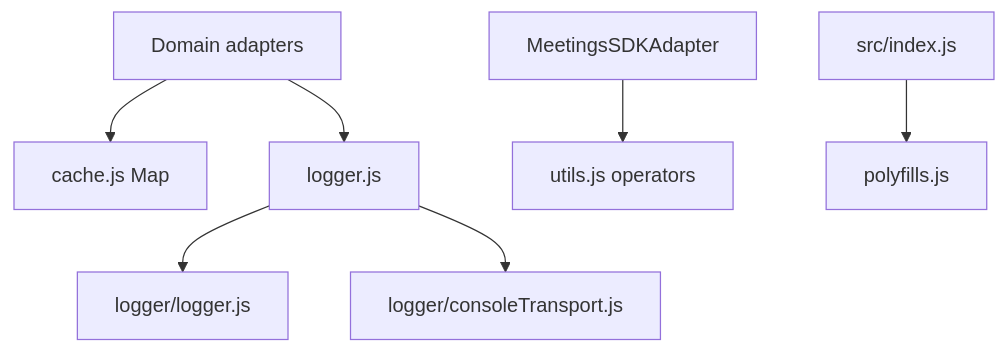
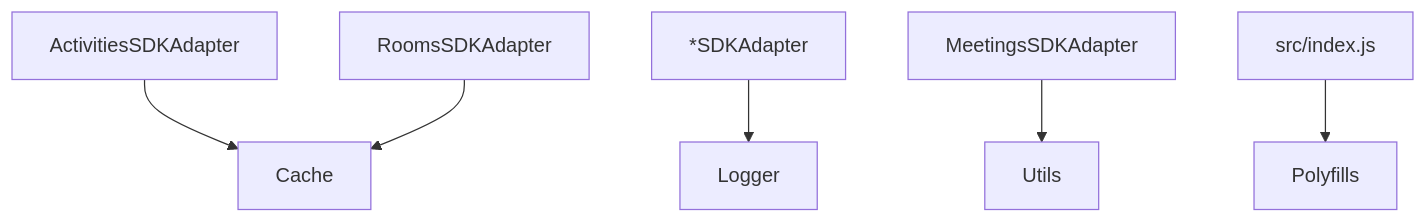
Before and after one commit to webex/sdk-component-adapter: the first of 4 diagrams in src/ai-docs/shared-utilities-spec.md, drawn with Mermaid. The commit also changed other lines of this file and 13 other files, not shown here.

````diff
--- a/src/ai-docs/shared-utilities-spec.md
+++ b/src/ai-docs/shared-utilities-spec.md
@@ -120,9 +109,8 @@
 ```mermaid
 flowchart TD
-  Adapters["Domain adapters"] --> cache["cache.js Map"]
-  Adapters --> logger["logger.js"]
-  logger --> core["logger/logger.js"]
-  logger --> transport["logger/consoleTransport.js"]
-  Meetings["MeetingsSDKAdapter"] --> utils["utils.js operators"]
-  index["src/index.js"] --> polyfills["polyfills.js"]
+  Activities["ActivitiesSDKAdapter"] --> Cache
+  Rooms["RoomsSDKAdapter"] --> Cache
+  Domain["*SDKAdapter"] --> Logger
+  Meetings["MeetingsSDKAdapter"] --> Utils
+  Index["src/index.js"] --> Polyfills
 ```
````
